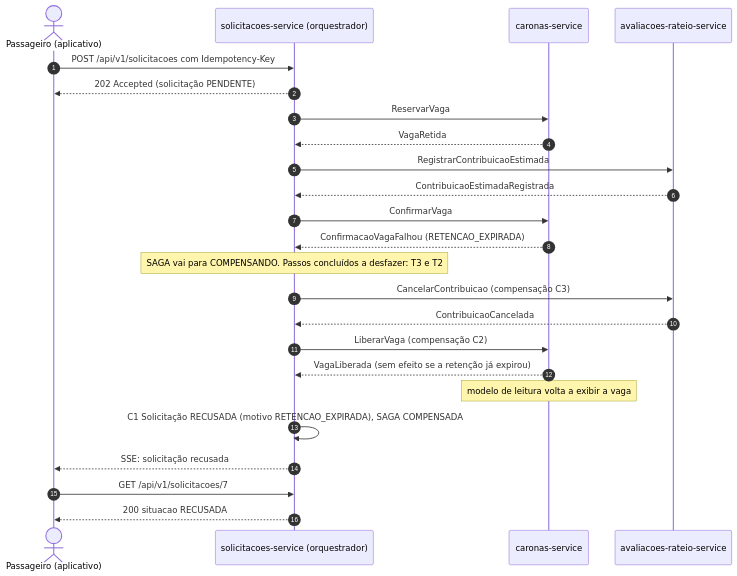
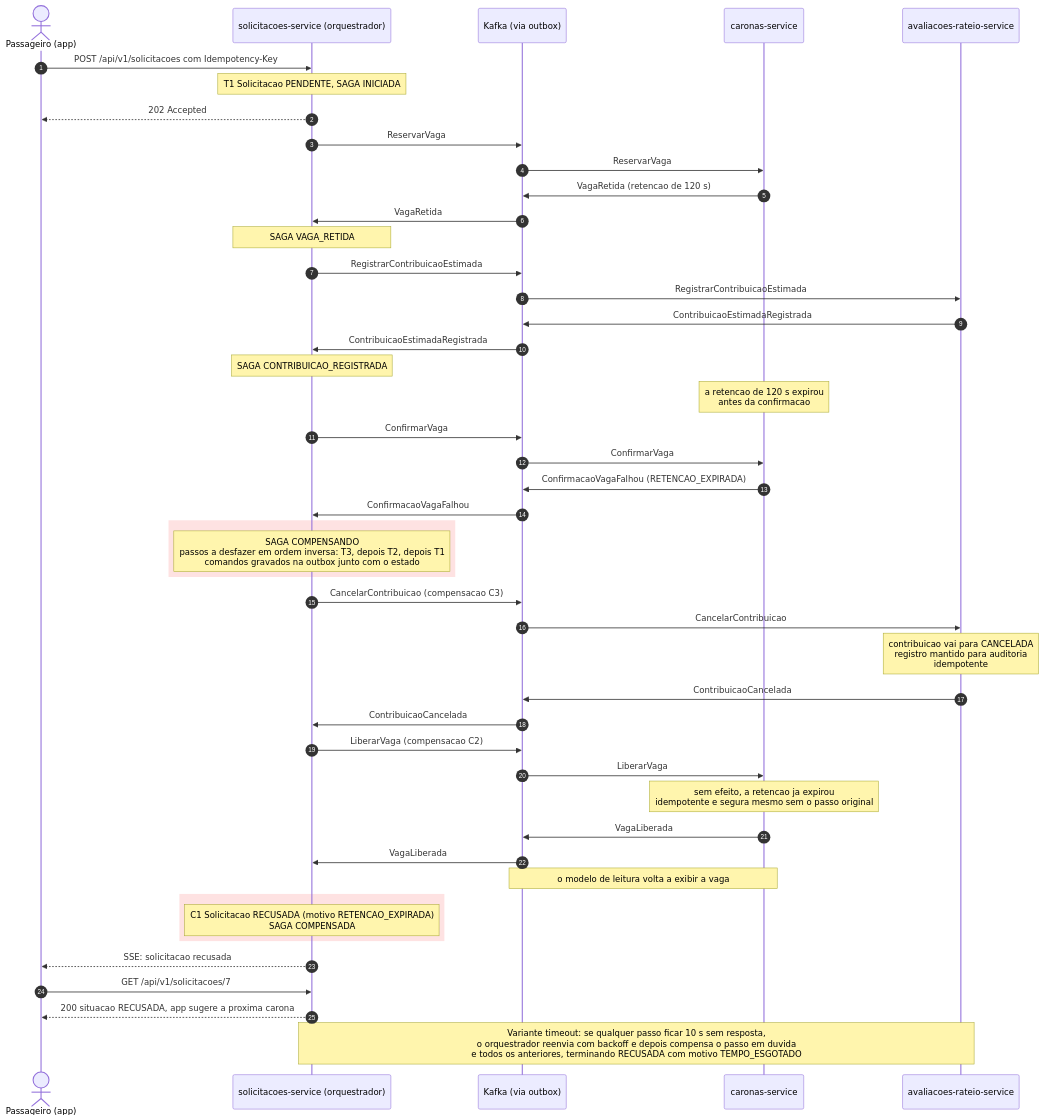
The sixth of 7 diagrams in documentos/parte2-arquitetura/Arquitetura.md (eijuliamorais/campus-ride-platform), drawn with Mermaid before and after one commit. The commit also changed other lines of this file and 5 other files, not shown here.

Commit message:
docs(arquitetura): atualiza diagramas Mermaid com sintaxe precisa e refinada

````diff
--- a/documentos/parte2-arquitetura/Arquitetura.md
+++ b/documentos/parte2-arquitetura/Arquitetura.md
@@ -743,26 +880,57 @@
 ```mermaid
 sequenceDiagram
-  autonumber
-  actor P as Passageiro (aplicativo)
-  participant S as solicitacoes-service (orquestrador)
-  participant C as caronas-service
-  participant R as avaliacoes-rateio-service
-  P->>S: POST /api/v1/solicitacoes com Idempotency-Key
-  S-->>P: 202 Accepted (solicitação PENDENTE)
-  S->>C: ReservarVaga
-  C-->>S: VagaRetida
-  S->>R: RegistrarContribuicaoEstimada
-  R-->>S: ContribuicaoEstimadaRegistrada
-  S->>C: ConfirmarVaga
-  C-->>S: ConfirmacaoVagaFalhou (RETENCAO_EXPIRADA)
-  Note over S: SAGA vai para COMPENSANDO. Passos concluídos a desfazer: T3 e T2
-  S->>R: CancelarContribuicao (compensação C3)
-  R-->>S: ContribuicaoCancelada
-  S->>C: LiberarVaga (compensação C2)
-  C-->>S: VagaLiberada (sem efeito se a retenção já expirou)
-  Note over C: modelo de leitura volta a exibir a vaga
-  S->>S: C1 Solicitação RECUSADA (motivo RETENCAO_EXPIRADA), SAGA COMPENSADA
-  S-->>P: SSE: solicitação recusada
-  P->>S: GET /api/v1/solicitacoes/7
-  S-->>P: 200 situacao RECUSADA
+    autonumber
+    actor P as Passageiro (app)
+    participant S as solicitacoes-service (orquestrador)
+    participant K as Kafka (via outbox)
+    participant C as caronas-service
+    participant R as avaliacoes-rateio-service
+
+    P->>S: POST /api/v1/solicitacoes com Idempotency-Key
+    Note over S: T1 Solicitacao PENDENTE, SAGA INICIADA
+    S-->>P: 202 Accepted
+
+    S->>K: ReservarVaga
+    K->>C: ReservarVaga
+    C->>K: VagaRetida (retencao de 120 s)
+    K->>S: VagaRetida
+    Note over S: SAGA VAGA_RETIDA
+
+    S->>K: RegistrarContribuicaoEstimada
+    K->>R: RegistrarContribuicaoEstimada
+    R->>K: ContribuicaoEstimadaRegistrada
+    K->>S: ContribuicaoEstimadaRegistrada
+    Note over S: SAGA CONTRIBUICAO_REGISTRADA
+
+    Note over C: a retencao de 120 s expirou<br/>antes da confirmacao
+    S->>K: ConfirmarVaga
+    K->>C: ConfirmarVaga
+    C->>K: ConfirmacaoVagaFalhou (RETENCAO_EXPIRADA)
+    K->>S: ConfirmacaoVagaFalhou
+
+    rect rgb(254, 226, 226)
+        Note over S: SAGA COMPENSANDO<br/>passos a desfazer em ordem inversa: T3, depois T2, depois T1<br/>comandos gravados na outbox junto com o estado
+    end
+
+    S->>K: CancelarContribuicao (compensacao C3)
+    K->>R: CancelarContribuicao
+    Note over R: contribuicao vai para CANCELADA<br/>registro mantido para auditoria<br/>idempotente
+    R->>K: ContribuicaoCancelada
+    K->>S: ContribuicaoCancelada
+
+    S->>K: LiberarVaga (compensacao C2)
+    K->>C: LiberarVaga
+    Note over C: sem efeito, a retencao ja expirou<br/>idempotente e segura mesmo sem o passo original
+    C->>K: VagaLiberada
+    K->>S: VagaLiberada
+    Note over C,K: o modelo de leitura volta a exibir a vaga
+
+    rect rgb(254, 226, 226)
+        Note over S: C1 Solicitacao RECUSADA (motivo RETENCAO_EXPIRADA)<br/>SAGA COMPENSADA
+    end
+    S-->>P: SSE: solicitacao recusada
+    P->>S: GET /api/v1/solicitacoes/7
+    S-->>P: 200 situacao RECUSADA, app sugere a proxima carona
+
+    Note over S,R: Variante timeout: se qualquer passo ficar 10 s sem resposta,<br/>o orquestrador reenvia com backoff e depois compensa o passo em duvida<br/>e todos os anteriores, terminando RECUSADA com motivo TEMPO_ESGOTADO
 ```
````
